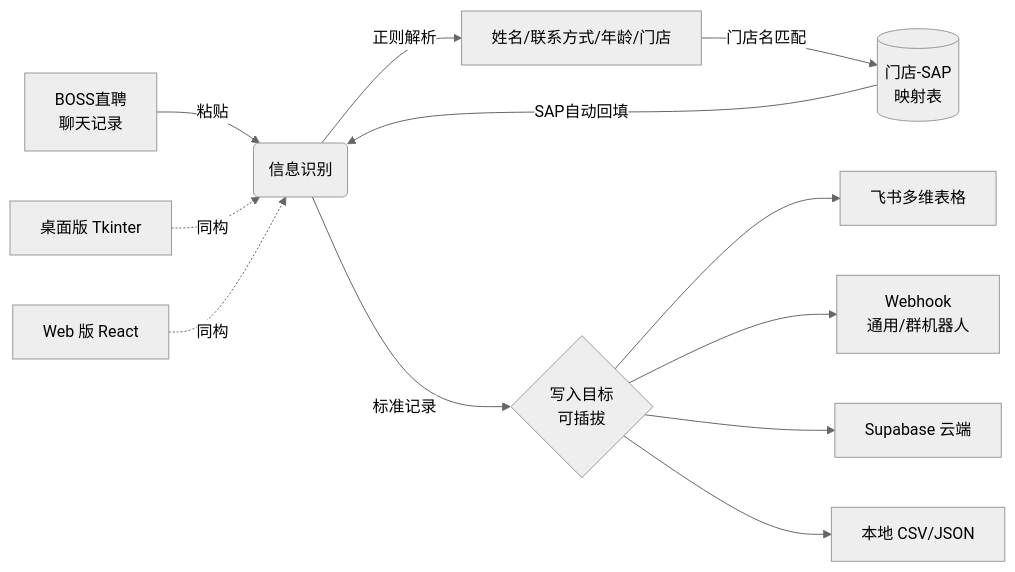
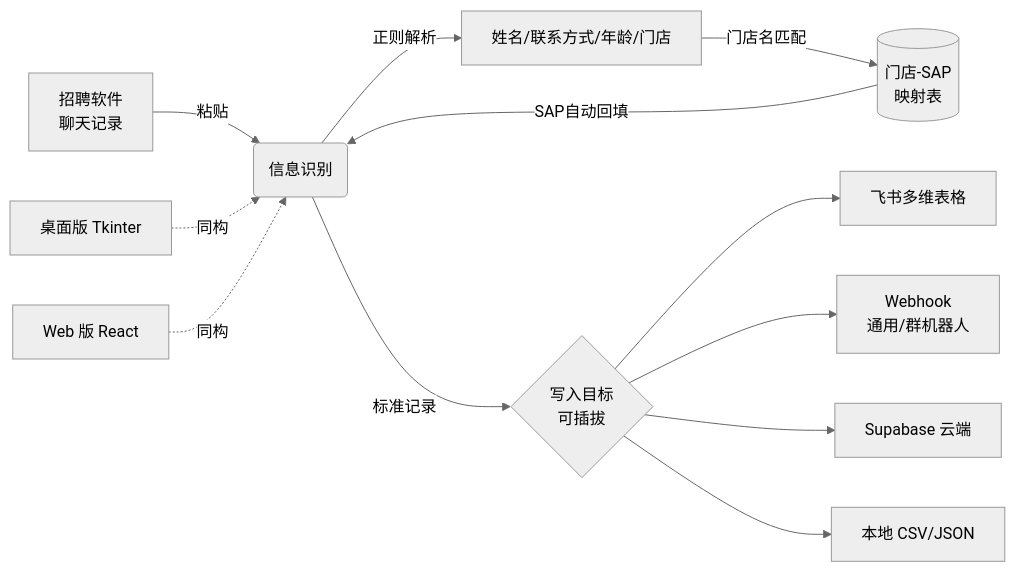
One commit to wang189327-wq/candidate-entry changed the diagram in README.md. Above: the diagram before and after it, drawn with Mermaid (neutral theme). The commit also changed other lines of this file and 9 other files, not shown here.

````diff
--- a/README.md
+++ b/README.md
@@ -91,14 +91,14 @@
 ```mermaid
 flowchart LR
-    A[BOSS直聘<br/>聊天记录] -->|粘贴| B(信息识别)
+    A[招聘软件<br/>聊天记录] -->|粘贴| B(信息识别)
     B -->|正则解析| C[姓名/联系方式/年龄/门店]
     C -->|门店名匹配| D[(门店-SAP<br/>映射表)]
     D -->|SAP自动回填| B
     B -->|标准记录| T{写入目标<br/>可插拔}
     T --> E[飞书多维表格]
     T --> F[Webhook<br/>通用/群机器人]
     T --> G[Supabase 云端]
     T --> I[本地 CSV/JSON]
     H[桌面版 Tkinter] -.同构.-> B
     J[Web 版 React] -.同构.-> B
 ```
````
